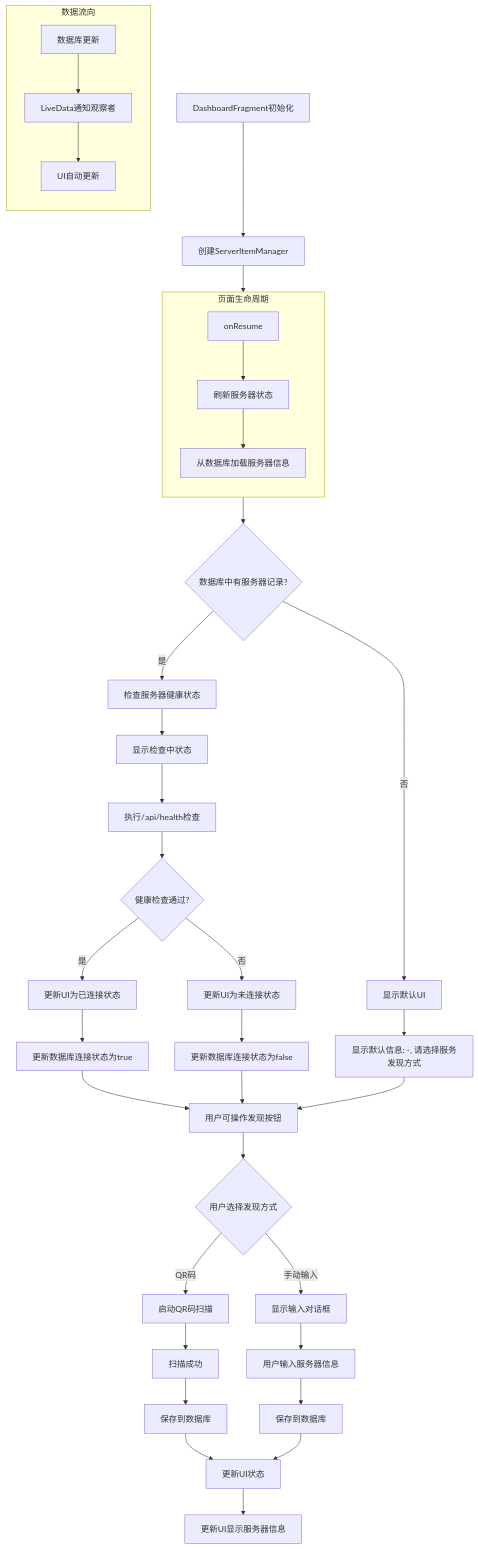
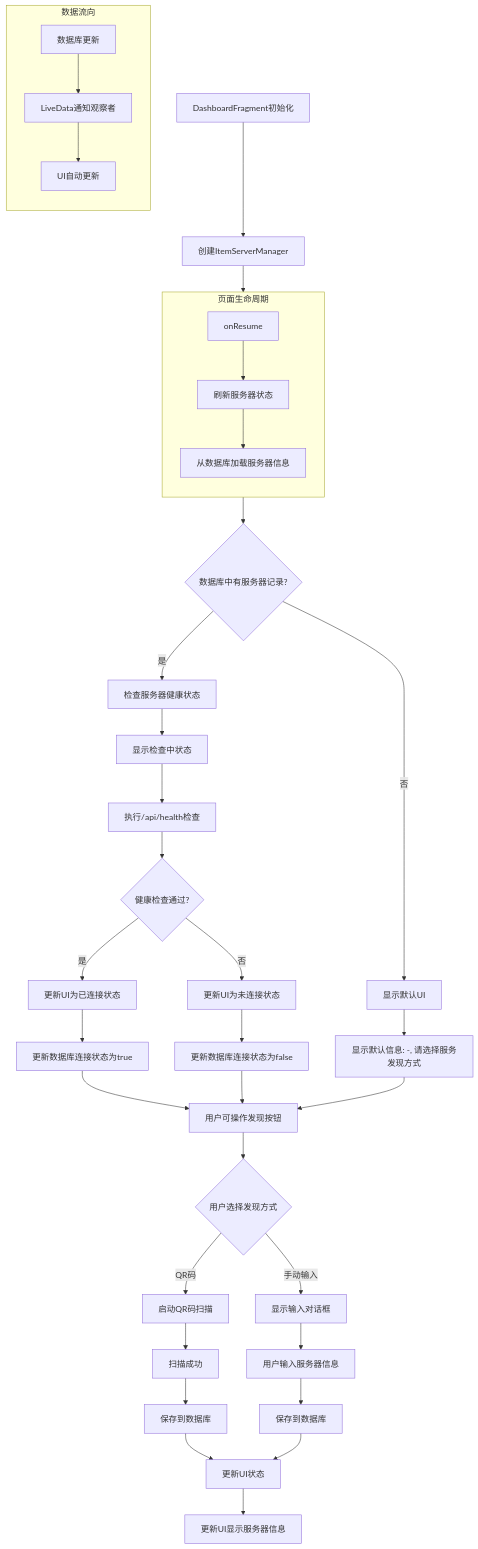
Diagram 16 of 23 in autodroid-trader-app/docs/DESIGN.md (terminail/autodroid), drawn with Mermaid before and after one commit. The commit also changed other lines of this file and 21 other files, not shown here.

````diff
--- a/autodroid-trader-app/docs/DESIGN.md
+++ b/autodroid-trader-app/docs/DESIGN.md
@@ -845,51 +845,51 @@
 ```mermaid
 flowchart TD
-    A[DashboardFragment初始化] --> B[创建ServerItemManager]
+    A[DashboardFragment初始化] --> B[创建ItemServerManager]
     B --> C[从数据库加载服务器信息]
     C --> D{数据库中有服务器记录?}
     
     D -->|是| E[检查服务器健康状态]
     D -->|否| F[显示默认UI]
     
     E --> G[显示检查中状态]
     G --> H[执行/api/health检查]
     H --> I{健康检查通过?}
     
     I -->|是| J[更新UI为已连接状态]
     I -->|否| K[更新UI为未连接状态]
     
     J --> L[更新数据库连接状态为true]
     K --> M[更新数据库连接状态为false]
     
     F --> N["显示默认信息: -, 请选择服务发现方式"]
     
     L --> O[用户可操作发现按钮]
     M --> O
     N --> O
     
     O --> P{用户选择发现方式}
     
     P -->|QR码| W[启动QR码扫描]
     W --> X[扫描成功]
     X --> Y[保存到数据库]
     Y --> U[更新UI状态]
     
     P -->|手动输入| AA[显示输入对话框]
     AA --> AB[用户输入服务器信息]
     AB --> AC[保存到数据库]
     AC --> U
     
     U --> AD[更新UI显示服务器信息]
     
     subgraph 页面生命周期
         direction TB
         AE[onResume] --> AF[刷新服务器状态]
         AF --> C
     end
     
     subgraph 数据流向
         direction TB
         AG[数据库更新] --> AH[LiveData通知观察者]
         AH --> AI[UI自动更新]
     end
 ```
````
